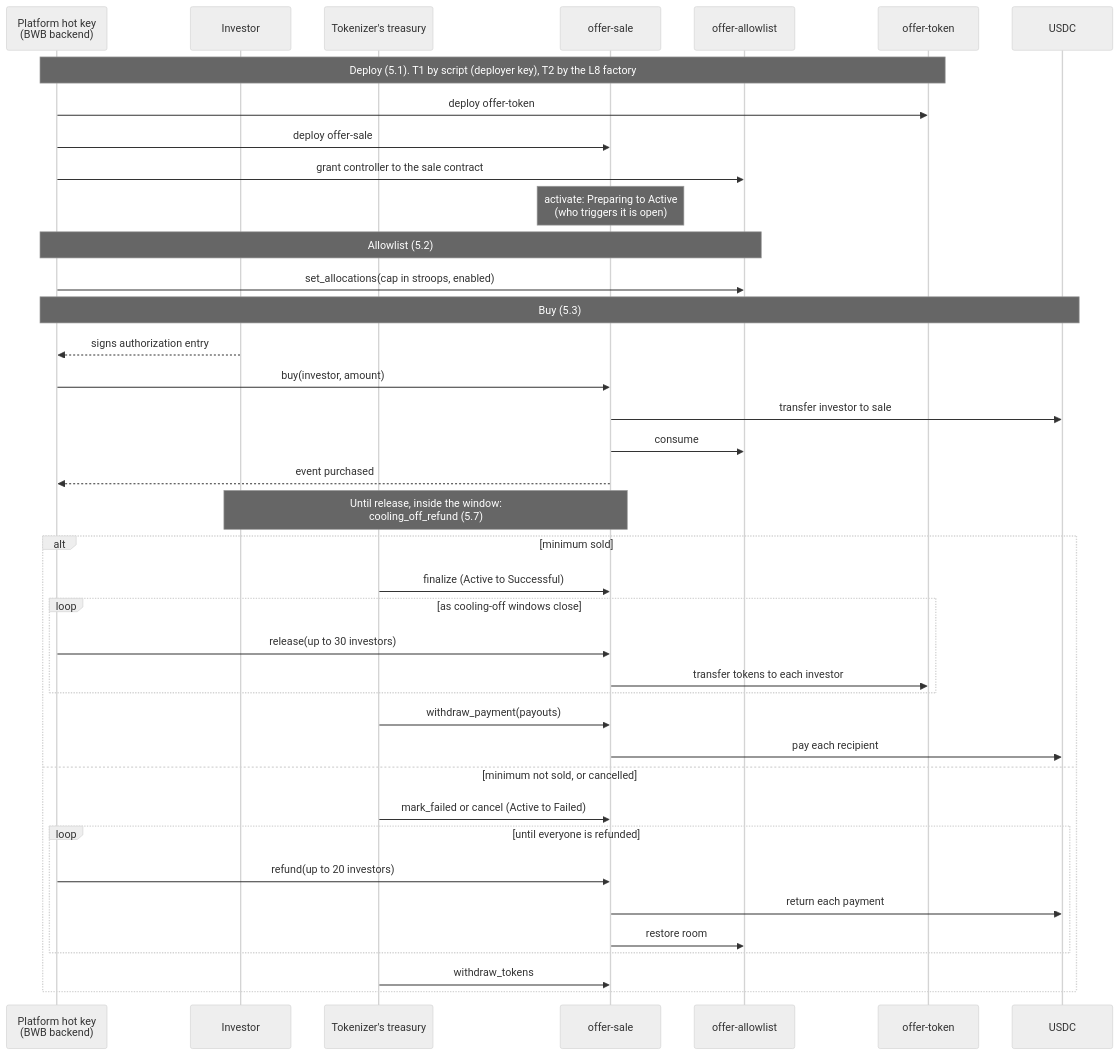
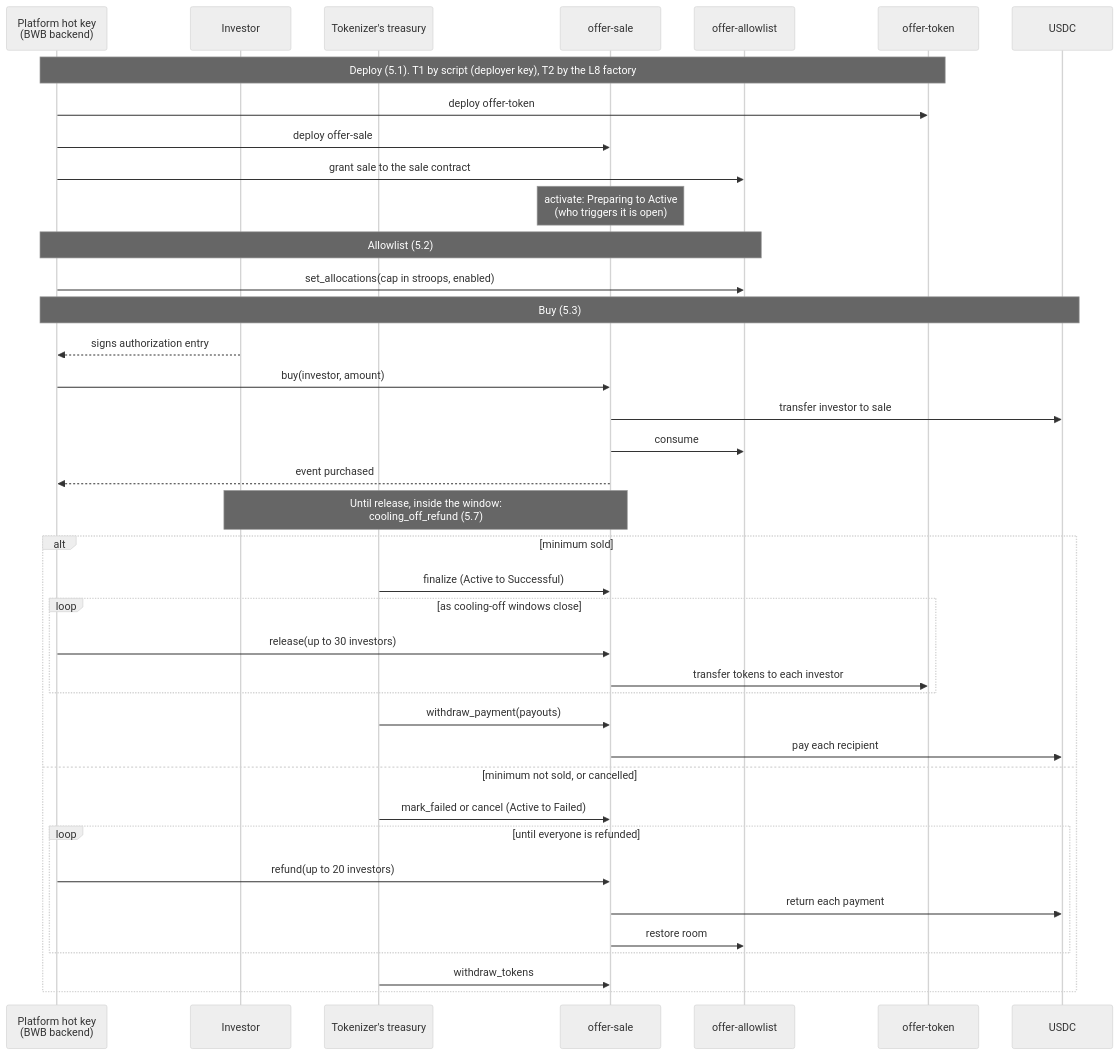
Before and after one commit to BWB-Labs/bwb-stellar: the first of 2 diagrams in docs/interface.md, drawn with Mermaid (neutral theme). The commit also changed other lines of this file and 3 other files, not shown here.

````diff
--- a/docs/interface.md
+++ b/docs/interface.md
@@ -78,45 +78,45 @@
 ```mermaid
 sequenceDiagram
   participant HK as Platform hot key<br/>(BWB backend)
   participant INV as Investor
   participant IT as Tokenizer's treasury
   participant S as offer-sale
   participant A as offer-allowlist
   participant T as offer-token
   participant U as USDC
 
   Note over HK,T: Deploy (5.1). T1 by script (deployer key), T2 by the L8 factory
   HK->>T: deploy offer-token
   HK->>S: deploy offer-sale
-  HK->>A: grant controller to the sale contract
+  HK->>A: grant sale to the sale contract
   Note over S: activate: Preparing to Active<br/>(who triggers it is open)
 
   Note over HK,A: Allowlist (5.2)
   HK->>A: set_allocations(cap in stroops, enabled)
 
   Note over HK,U: Buy (5.3)
   INV-->>HK: signs authorization entry
   HK->>S: buy(investor, amount)
   S->>U: transfer investor to sale
   S->>A: consume
   S-->>HK: event purchased
   Note over INV,S: Until release, inside the window:<br/>cooling_off_refund (5.7)
 
   alt minimum sold
     IT->>S: finalize (Active to Successful)
     loop as cooling-off windows close
       HK->>S: release(up to 30 investors)
       S->>T: transfer tokens to each investor
     end
     IT->>S: withdraw_payment(payouts)
     S->>U: pay each recipient
   else minimum not sold, or cancelled
     IT->>S: mark_failed or cancel (Active to Failed)
     loop until everyone is refunded
       HK->>S: refund(up to 20 investors)
       S->>U: return each payment
       S->>A: restore room
     end
     IT->>S: withdraw_tokens
   end
 ```
````
